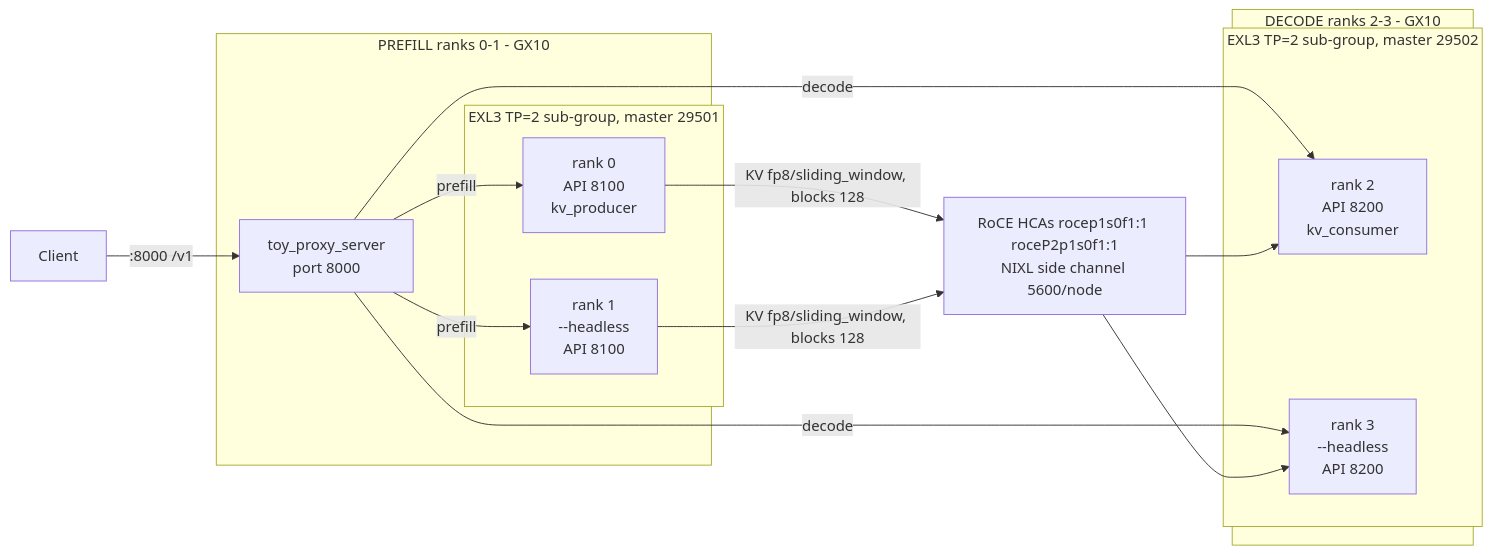
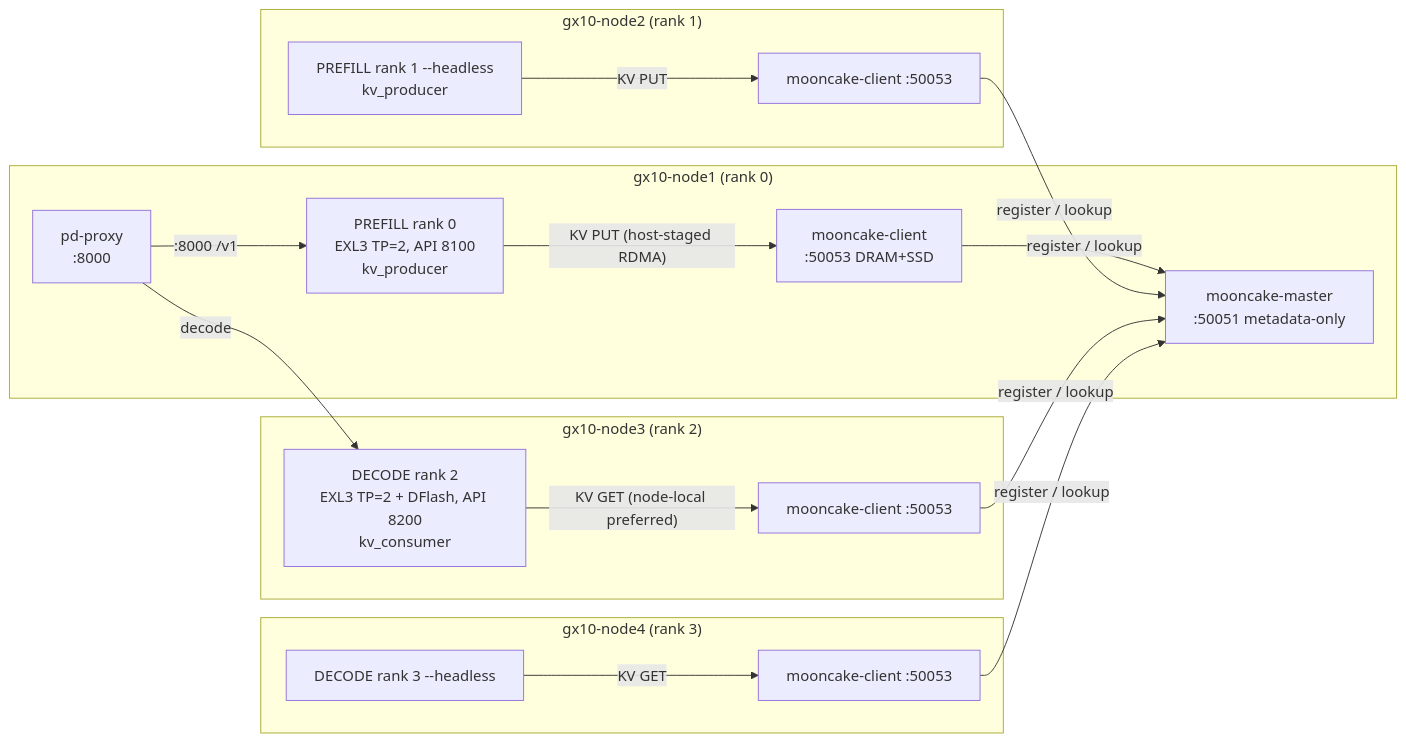
Before and after one commit to jpfulton-fultonengineeringservices/spark-vllm-docker: the diagram in mods/pd-disagg/README.md, drawn with Mermaid. The commit also changed other lines of this file and 6 other files, not shown here.

````diff
--- a/mods/pd-disagg/README.md
+++ b/mods/pd-disagg/README.md
@@ -31,23 +27,28 @@
 ```mermaid
 flowchart LR
-  subgraph P0[PREFILL ranks 0-1 - GX10]
-    subgraph TP2P[EXL3 TP=2 sub-group, master 29501]
-      P0R["rank 0<br/>API 8100<br/>kv_producer"]
-      P1R["rank 1<br/>--headless<br/>API 8100"]
-    end
-    RT["toy_proxy_server<br/>port 8000"]
+  subgraph N1["gx10-node1 (rank 0)"]
+    P0["PREFILL rank 0<br/>EXL3 TP=2, API 8100<br/>kv_producer"]
+    MM["mooncake-master<br/>:50051 metadata-only"]
+    MC1["mooncake-client<br/>:50053 DRAM+SSD"]
+    PX["pd-proxy<br/>:8000"]
   end
-  subgraph P2[DECODE ranks 2-3 - GX10]
-    subgraph TP2D[EXL3 TP=2 sub-group, master 29502]
-      P2R["rank 2<br/>API 8200<br/>kv_consumer"]
-      P3R["rank 3<br/>--headless<br/>API 8200"]
-    end
+  subgraph N2["gx10-node2 (rank 1)"]
+    P1["PREFILL rank 1 --headless<br/>kv_producer"]
+    MC2["mooncake-client :50053"]
   end
-  NET["RoCE HCAs rocep1s0f1:1 roceP2p1s0f1:1<br/>NIXL side channel 5600/node"]
-
-  Client -->|:8000 /v1| RT
-  RT -->|prefill| P0R & P1R
-  RT -->|decode| P2R & P3R
-  P0R & P1R -->|KV fp8/sliding_window, blocks 128| NET
-  NET --> P2R & P3R
+  subgraph N3["gx10-node3 (rank 2)"]
+    D2["DECODE rank 2<br/>EXL3 TP=2 + DFlash, API 8200<br/>kv_consumer"]
+    MC3["mooncake-client :50053"]
+  end
+  subgraph N4["gx10-node4 (rank 3)"]
+    D3["DECODE rank 3 --headless"]
+    MC4["mooncake-client :50053"]
+  end
+  PX -->|:8000 /v1| P0
+  PX -->|decode| D2
+  P0 -->|"KV PUT (host-staged RDMA)"| MC1
+  P1 -->|"KV PUT"| MC2
+  D2 -->|"KV GET (node-local preferred)"| MC3
+  D3 -->|"KV GET"| MC4
+  MC1 & MC2 & MC3 & MC4 -->|"register / lookup"| MM
 ```
````
